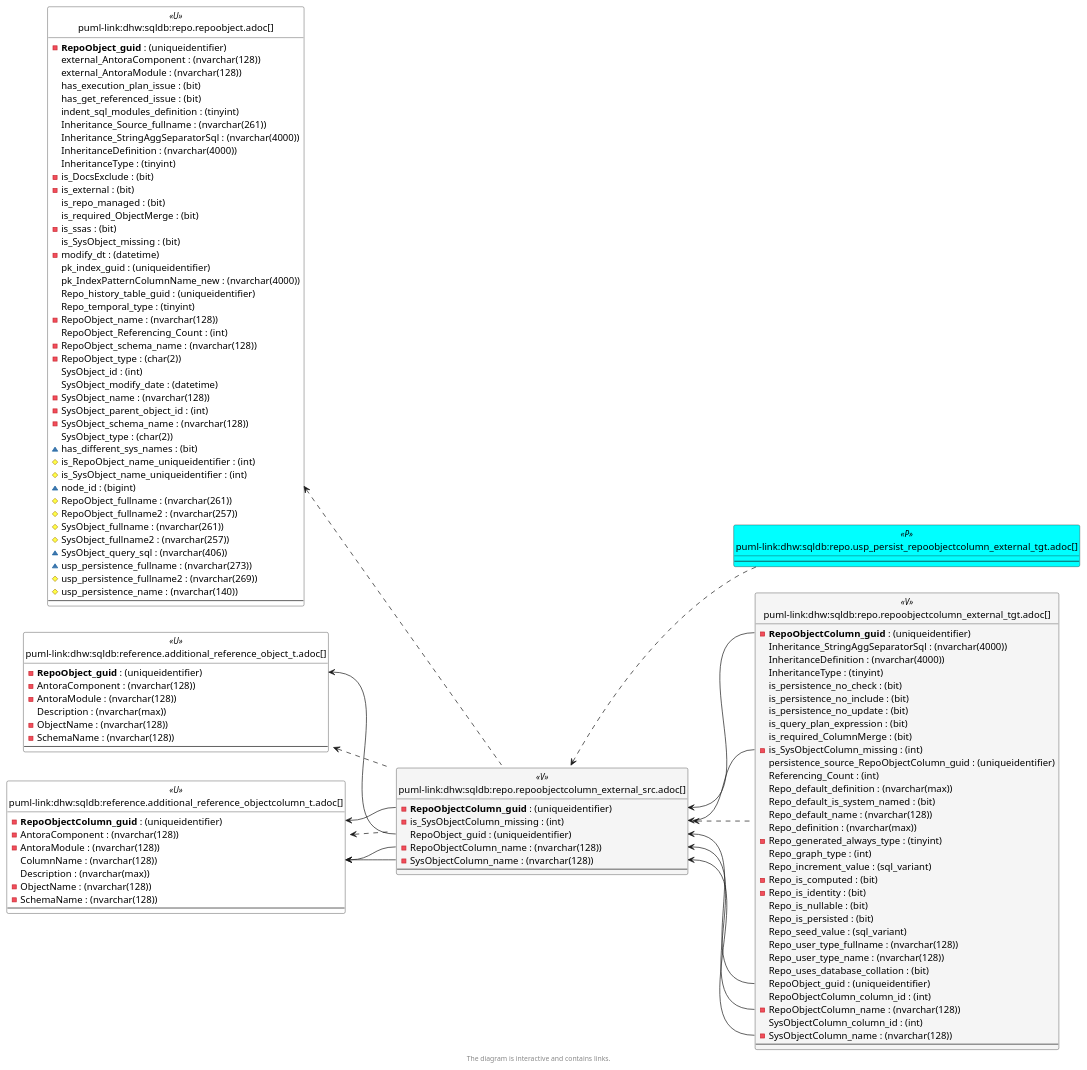
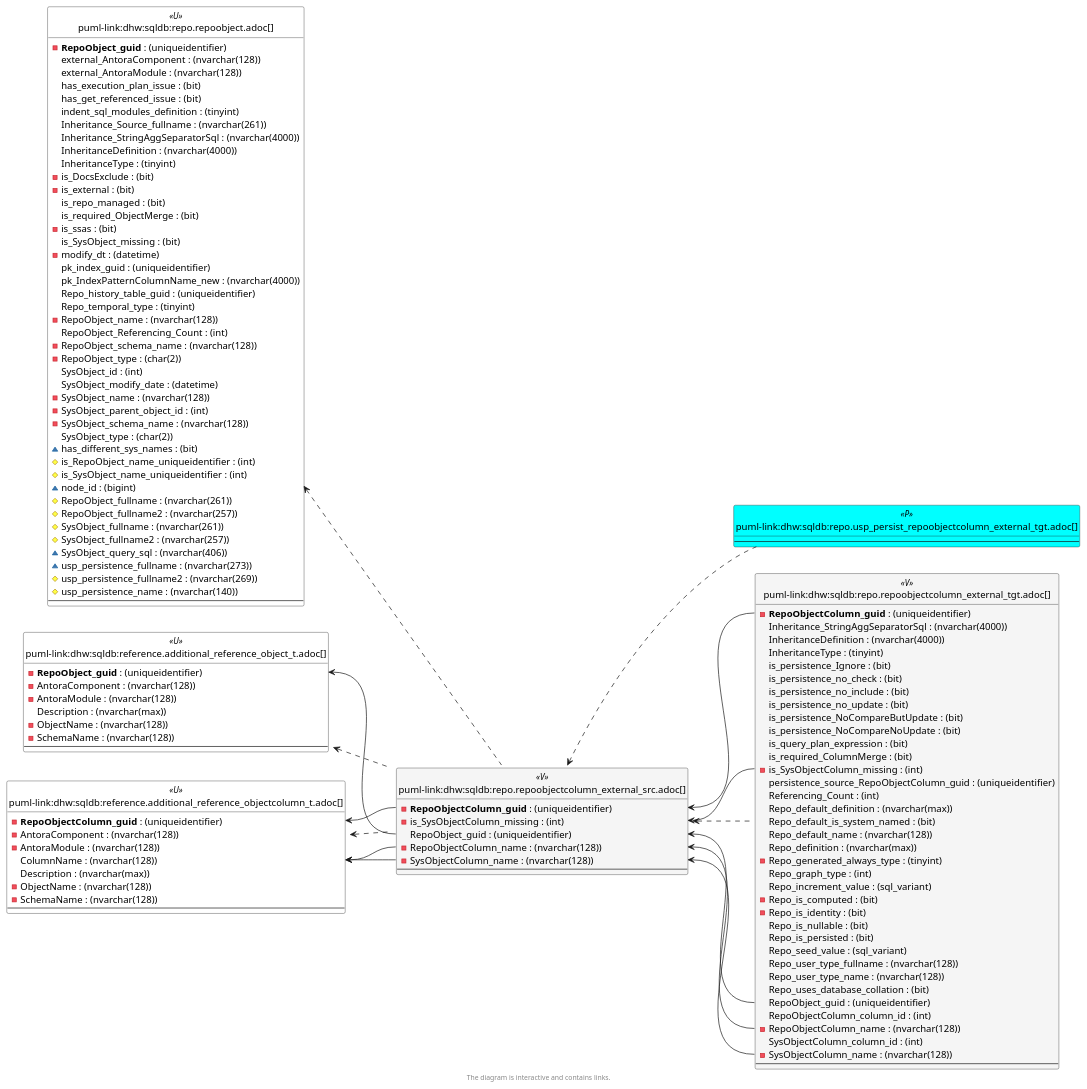
One commit to DataHandwerk/dhw-antora-sqldb changed the sixth of 6 diagrams in docs/modules/sqldb/partials/content/repo.repoobjectcolumn_external_src.adoc. Above: the diagram before and after it, drawn with PlantUML. The commit also changed other lines of this file and 751 other files, not shown here.

```diff
--- a/docs/modules/sqldb/partials/content/repo.repoobjectcolumn_external_src.adoc
+++ b/docs/modules/sqldb/partials/content/repo.repoobjectcolumn_external_src.adoc
@@ -2925,9 +2958,12 @@
   Inheritance_StringAggSeparatorSql : (nvarchar(4000))
   InheritanceDefinition : (nvarchar(4000))
   InheritanceType : (tinyint)
+  is_persistence_Ignore : (bit)
   is_persistence_no_check : (bit)
   is_persistence_no_include : (bit)
   is_persistence_no_update : (bit)
+  is_persistence_NoCompareButUpdate : (bit)
+  is_persistence_NoCompareNoUpdate : (bit)
   is_query_plan_expression : (bit)
   is_required_ColumnMerge : (bit)
   - is_SysObjectColumn_missing : (int)
@@ -2963,11 +2999,11 @@
 reference.additional_Reference_Object_T <.. repo.RepoObjectColumn_external_src
 reference.additional_Reference_ObjectColumn_T <.. repo.RepoObjectColumn_external_src
 repo.RepoObject <.. repo.RepoObjectColumn_external_src
+repo.RepoObjectColumn_external_src <.. repo.usp_PERSIST_RepoObjectColumn_external_tgt
 repo.RepoObjectColumn_external_src <.. repo.RepoObjectColumn_external_tgt
-repo.RepoObjectColumn_external_src <.. repo.usp_PERSIST_RepoObjectColumn_external_tgt
 "reference.additional_Reference_Object_T::RepoObject_guid" <-- "repo.RepoObjectColumn_external_src::RepoObject_guid"
+"reference.additional_Reference_ObjectColumn_T::ColumnName" <-- "repo.RepoObjectColumn_external_src::SysObjectColumn_name"
 "reference.additional_Reference_ObjectColumn_T::ColumnName" <-- "repo.RepoObjectColumn_external_src::RepoObjectColumn_name"
-"reference.additional_Reference_ObjectColumn_T::ColumnName" <-- "repo.RepoObjectColumn_external_src::SysObjectColumn_name"
 "reference.additional_Reference_ObjectColumn_T::RepoObjectColumn_guid" <-- "repo.RepoObjectColumn_external_src::RepoObjectColumn_guid"
 "repo.RepoObjectColumn_external_src::is_SysObjectColumn_missing" <-- "repo.RepoObjectColumn_external_tgt::is_SysObjectColumn_missing"
 "repo.RepoObjectColumn_external_src::RepoObject_guid" <-- "repo.RepoObjectColumn_external_tgt::RepoObject_guid"
```
